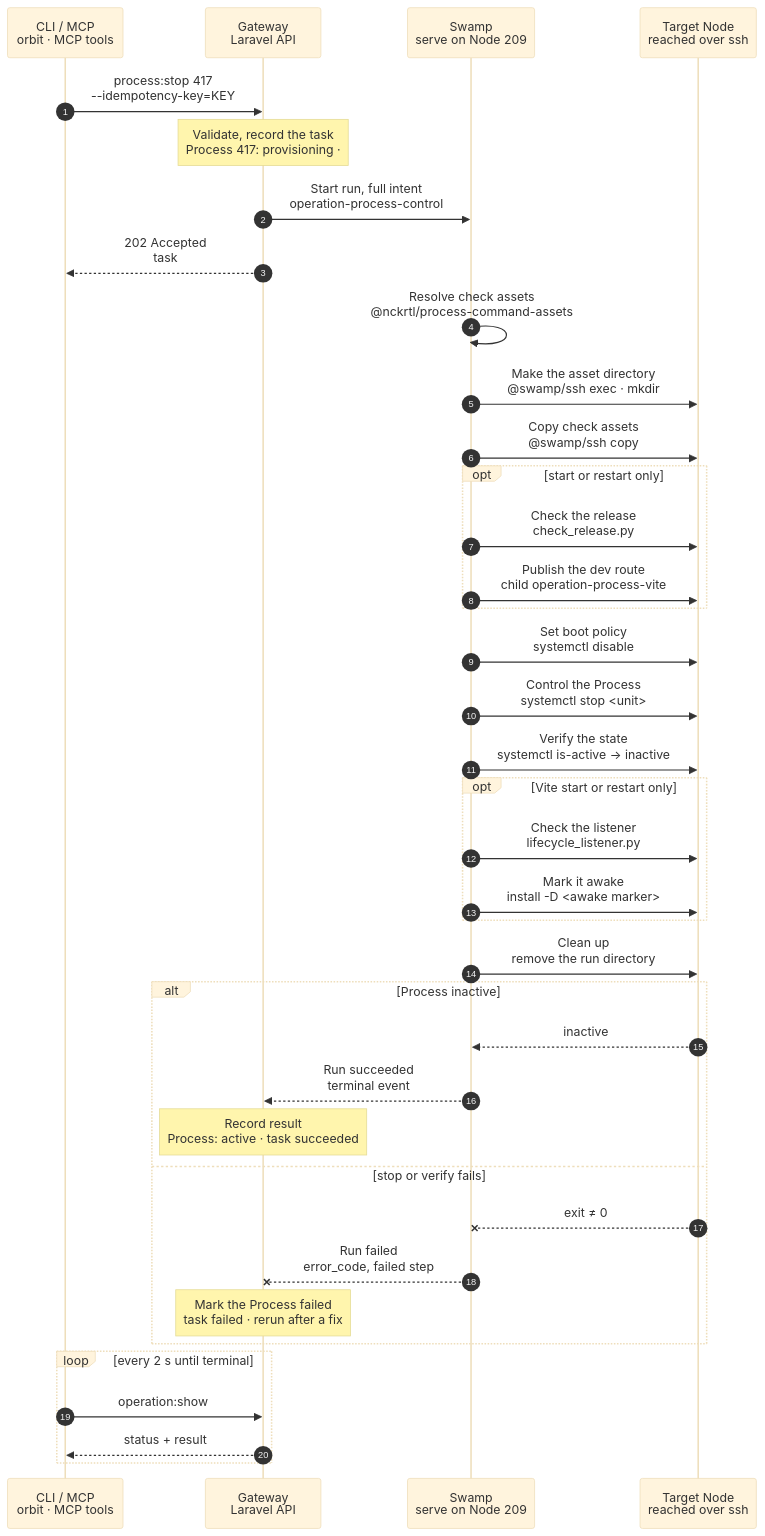
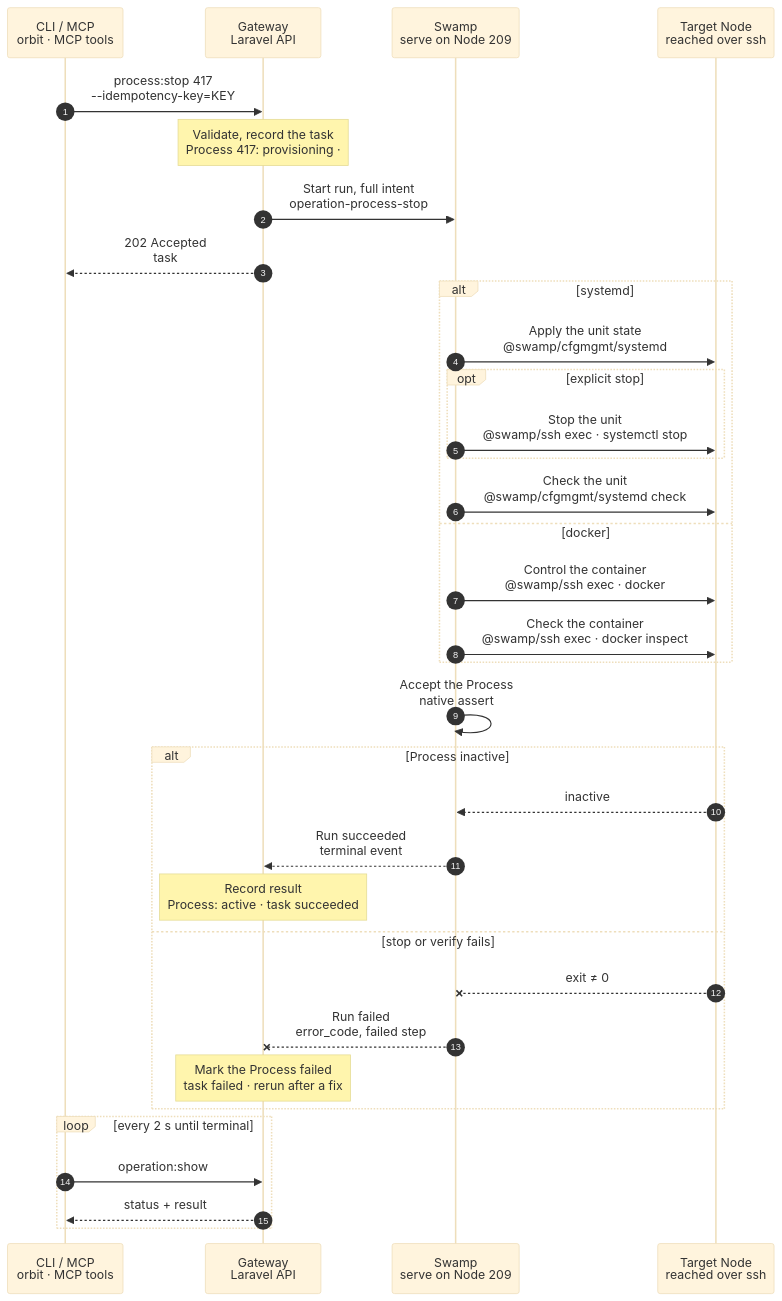
One commit to hardimpactdev/orbit changed the diagram in docs/flows/process.stop.mmd. Above: the diagram before and after it, drawn with Mermaid (base theme). The commit also changed 71 other files, not shown here.

Commit message:
refactor(process): use cfgmgmt and SSH argv for rule 22

```diff
--- a/docs/flows/process.stop.mmd
+++ b/docs/flows/process.stop.mmd
@@ -1,122 +1,96 @@
 sequenceDiagram
   %% Target design: ADR 0244 task, DECISIONS 4 + R1-R4 (process.stop shape: 209, @swamp/ssh, full intent as inputs).
   %% status: draft
   %% command: process:stop
   autonumber
   %% lane CLI icon=terminal pill=caller tone=gray
   %% lane GW icon=gateway pill=intent tone=blue
   %% lane SW icon=workflow pill=executes tone=green
   %% lane N icon=server pill=target tone=amber
   participant CLI as CLI / MCP<br/>orbit · MCP tools
   participant GW as Gateway<br/>Laravel API
   participant SW as Swamp<br/>serve on Node 209
   participant N as Target Node<br/>reached over ssh
   CLI->>GW: process:stop 417<br/>--idempotency-key=KEY
   %%> Command:
   %%> - `orbit process:stop 417`
   %%> - syntax: `process:stop <process> [--idempotency-key=KEY] [--json]`
   %%> Input:
   %%> - the numeric Process ID from `process:list`
   %%> Who can call it:
   %%> - the `orbit` CLI and the MCP tool send the same request
   Note over GW: Validate, record the task<br/>Process 417: provisioning · #5130
   %%> Requirements:
   %%> - your Node has an access grant to the Node that runs Process 417
   %%> - Process 417 exists and is not being removed
   %%> Result:
   %%> - task #5130 recorded with the full intent: unit or container name, runtime, on-demand flag, Vite plan
   %%> - Process 417 marked provisioning; its desired state does not change yet
   %%> - nothing has happened on the Node yet
-  GW->>SW: Start run, full intent<br/>operation-process-control
+  GW->>SW: Start run, full intent<br/>operation-process-stop
   %%> What it does:
   %%> - starts one Swamp run on serve (Node 209); every step runs there
   %%> Inputs:
   %%> - `kind`: process.stop
   %%> - the Process unit or container name, runtime and on-demand flag
   %%> - the Node's address and SSH host keys; the SSH identity comes from the `swamp` role
   GW-->>CLI: 202 Accepted<br/>task #5130
   %%> What you get:
   %%> - the task number, at once
   %%> Next:
   %%> - the CLI follows the task with `operation:show`
-  SW->>SW: Resolve check assets<br/>@nckrtl/process-command-assets
+  alt systemd
+    SW->>N: Apply the unit state<br/>@swamp/cfgmgmt/systemd
+    %%> What it does:
+    %%> - converges boot policy and running state; on-demand starts stay disabled
+    opt explicit stop
+      SW->>N: Stop the unit<br/>@swamp/ssh exec · systemctl stop
+      %%> What it does:
+      %%> - also stops a unit that is activating or deactivating
+    end
+    SW->>N: Check the unit<br/>@swamp/cfgmgmt/systemd check
+    %%> Result:
+    %%> - records the running and boot state for the native end check
+  else docker
+    SW->>N: Control the container<br/>@swamp/ssh exec · docker
+    %%> What it does:
+    %%> - starts, stops or restarts the admitted container once
+    SW->>N: Check the container<br/>@swamp/ssh exec · docker inspect
+    %%> Result:
+    %%> - records the container state for the native end check
+  end
+  SW->>SW: Accept the Process<br/>native assert
   %%> What it does:
-  %%> - validates the intent and finds the shipped Process scripts on Node 209
-  %%> Why:
-  %%> - the scripts check ownership: they act only on the unit or container marked with Process 417
-  SW->>N: Make the asset directory<br/>@swamp/ssh exec · mkdir
-  %%> What it does:
-  %%> - makes a private directory for this run on the Node, under `/tmp`
-  SW->>N: Copy check assets<br/>@swamp/ssh copy
-  %%> What it does:
-  %%> - copies the shipped scripts into that directory
-  %%> How:
-  %%> - Swamp reaches the Node over SSH from 209 with the official `@swamp/ssh` behavior, the `swamp` role SSH identity and the Node's pinned host keys
-  opt start or restart only
-    SW->>N: Check the release<br/>check_release.py
-    %%> Skipped for stop:
-    %%> - the shared workflow checks a production release only before a start or restart
-    SW->>N: Publish the dev route<br/>child operation-process-vite
-    %%> Skipped for stop:
-    %%> - stop needs no Vite traffic preparation
-  end
-  SW->>N: Set boot policy<br/>systemctl disable
-  %%> What it does:
-  %%> - disables the systemd unit, so it does not start at boot
-  %%> Skipped:
-  %%> - for Docker, which keeps its own restart policy
-  SW->>N: Control the Process<br/>systemctl stop <unit>
-  %%> What it does:
-  %%> - one `stop` of the exact unit, or `docker container stop` for Docker
-  %%> Requirements:
-  %%> - the unit or container belongs to Process 417; a foreign one is refused (`process.name_collision`)
-  SW->>N: Verify the state<br/>systemctl is-active → inactive
-  %%> What it does:
-  %%> - checks once that the Process is stopped
-  %%> Result:
-  %%> - this step's output is the projected result: `ready` and the observed state
-  opt Vite start or restart only
-    SW->>N: Check the listener<br/>lifecycle_listener.py
-    %%> Skipped for stop:
-    %%> - a stopped Process has no listener to check
-    SW->>N: Mark it awake<br/>install -D <awake marker>
-    %%> Skipped for stop:
-    %%> - only `process:start` marks the Instance awake
-  end
-  SW->>N: Clean up<br/>remove the run directory
-  %%> What it does:
-  %%> - removes the run directory after a successful run
-  %%> On failure:
-  %%> - the directory stays, so a resumed run can reuse the scripts
+  %%> - accepts only the expected runtime and boot state
   alt Process inactive
     N-->>SW: inactive
     %%> Returns:
     %%> - the Process is inactive
     SW-->>GW: Run succeeded<br/>terminal event
     %%> How the Gateway learns it:
     %%> - its shared run reader sees the terminal event and reads the result step once; Swamp never calls the Gateway
     Note over GW: Record result<br/>Process: active · task succeeded
     %%> Result:
     %%> - Process 417 desired state becomes stopped; its status becomes active
     %%> - task #5130 succeeds with the observed state
   else stop or verify fails
     N--xSW: exit ≠ 0
     %%> When:
-    %%> - SSH fails, the unit is missing or foreign, or the state does not match
+    %%> - SSH fails, the unit is missing, or the state does not match
     SW--xGW: Run failed<br/>error_code, failed step
     %%> The Gateway reads:
     %%> - which step failed and its error code
     Note over GW: Mark the Process failed<br/>task failed · rerun after a fix
     %%> Result:
     %%> - Process 417 is marked failed with the error code; its desired state does not change
     %%> - task #5130 fails
     %%> - there is no rollback; run the same command again after fixing the cause
   end
   loop every 2 s until terminal
     CLI->>GW: operation:show #5130
     %%> What it does:
     %%> - asks for the task status every 2 seconds until it has ended
     GW-->>CLI: status + result
     %%> Returns:
     %%> - the current status, and the result once the task has ended
   end
```
